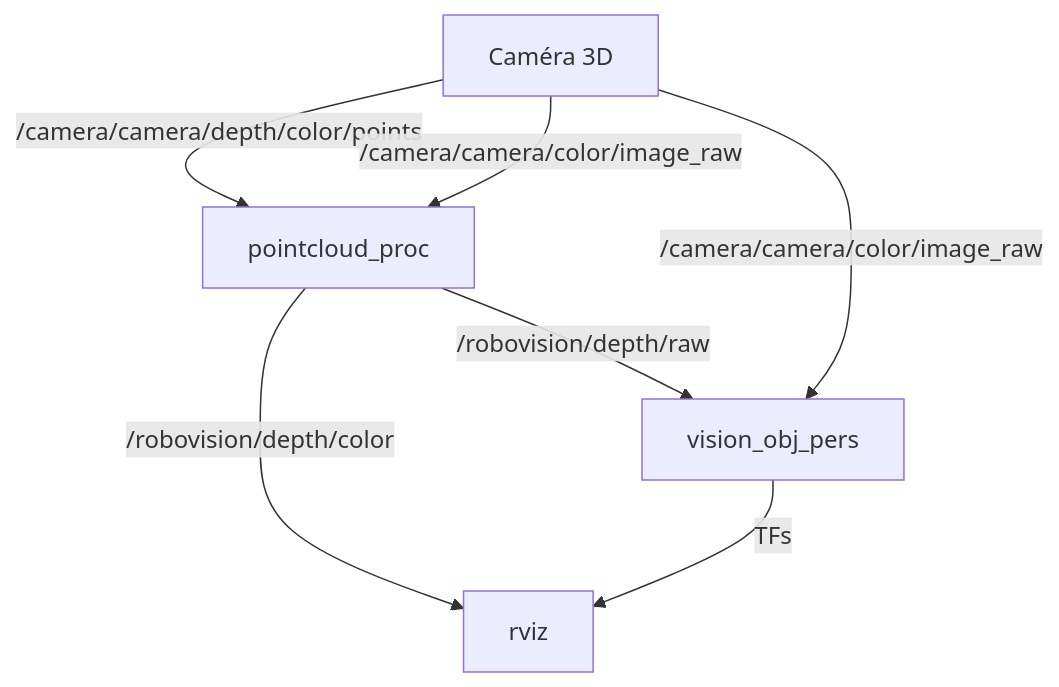
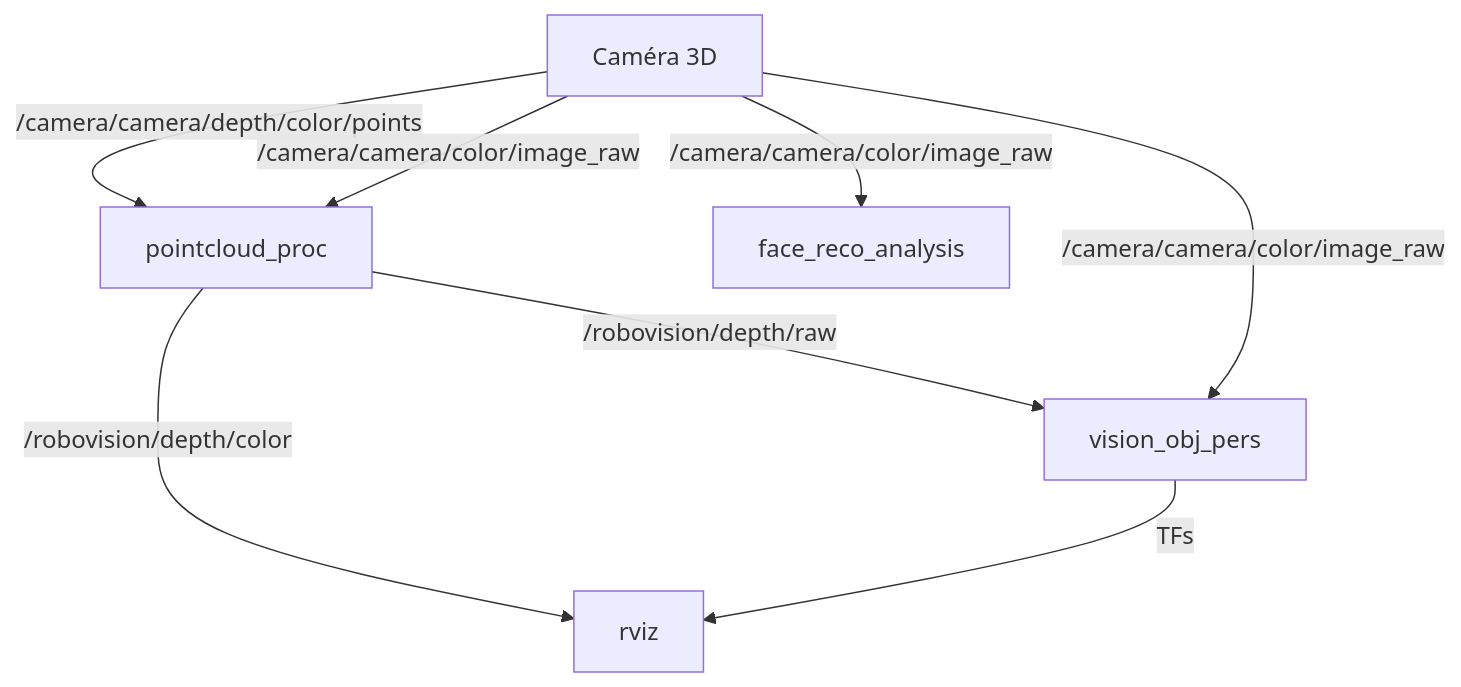
One commit to SlendyBoy/Robovision changed the first of 2 diagrams in README.md. Above: the diagram before and after it, drawn with Mermaid. The commit also changed other lines of this file and 7 other files, not shown here.

Commit message:
Face reco + attributs

````diff
--- a/README.md
+++ b/README.md
@@ -92,9 +95,10 @@
 ```mermaid
 graph TD
     Camera3D[Caméra 3D] -->|/camera/camera/depth/color/points| pointcloud_proc[pointcloud_proc]
     Camera3D -->|/camera/camera/color/image_raw| pointcloud_proc
+    Camera3D -->|/camera/camera/color/image_raw| face_reco_analysis[face_reco_analysis]
     pointcloud_proc -->|/robovision/depth/raw| vision_obj_pers[vision_obj_pers]
     pointcloud_proc -->|/robovision/depth/color| rviz
     Camera3D -->|/camera/camera/color/image_raw| vision_obj_pers
     vision_obj_pers -->|TFs| rviz[rviz]
 ```
````
